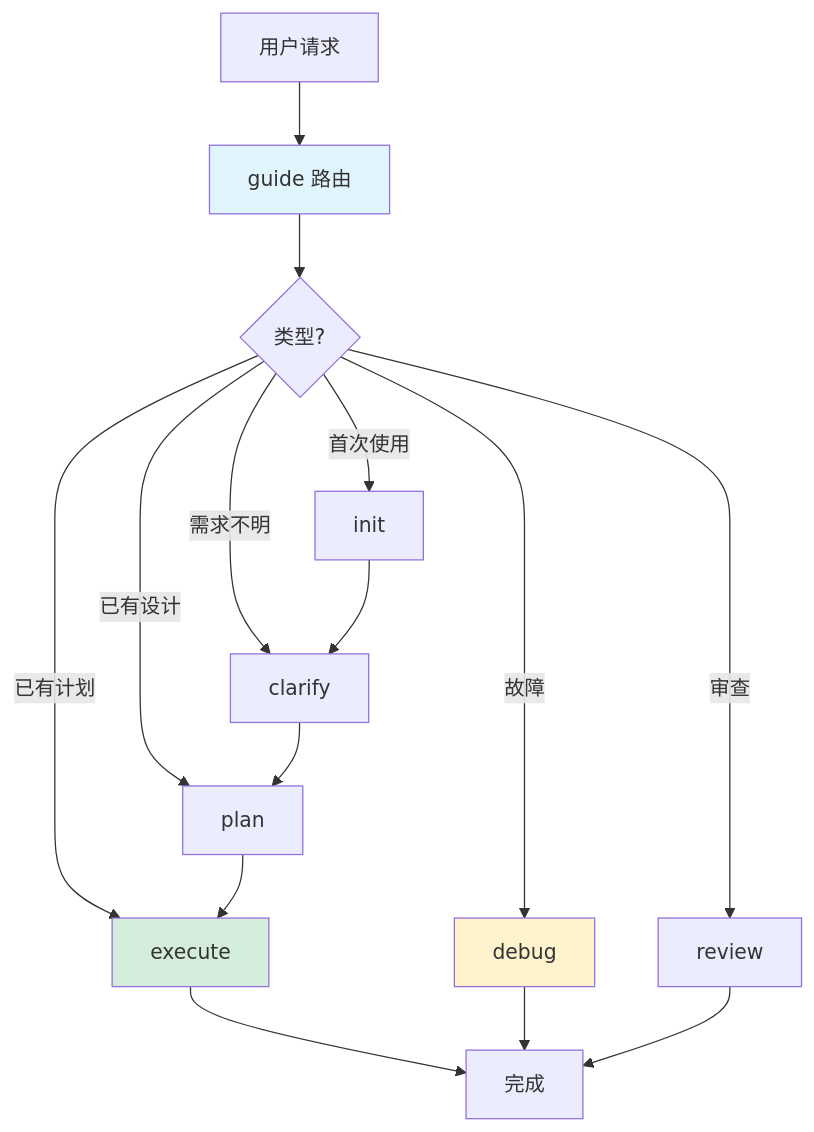
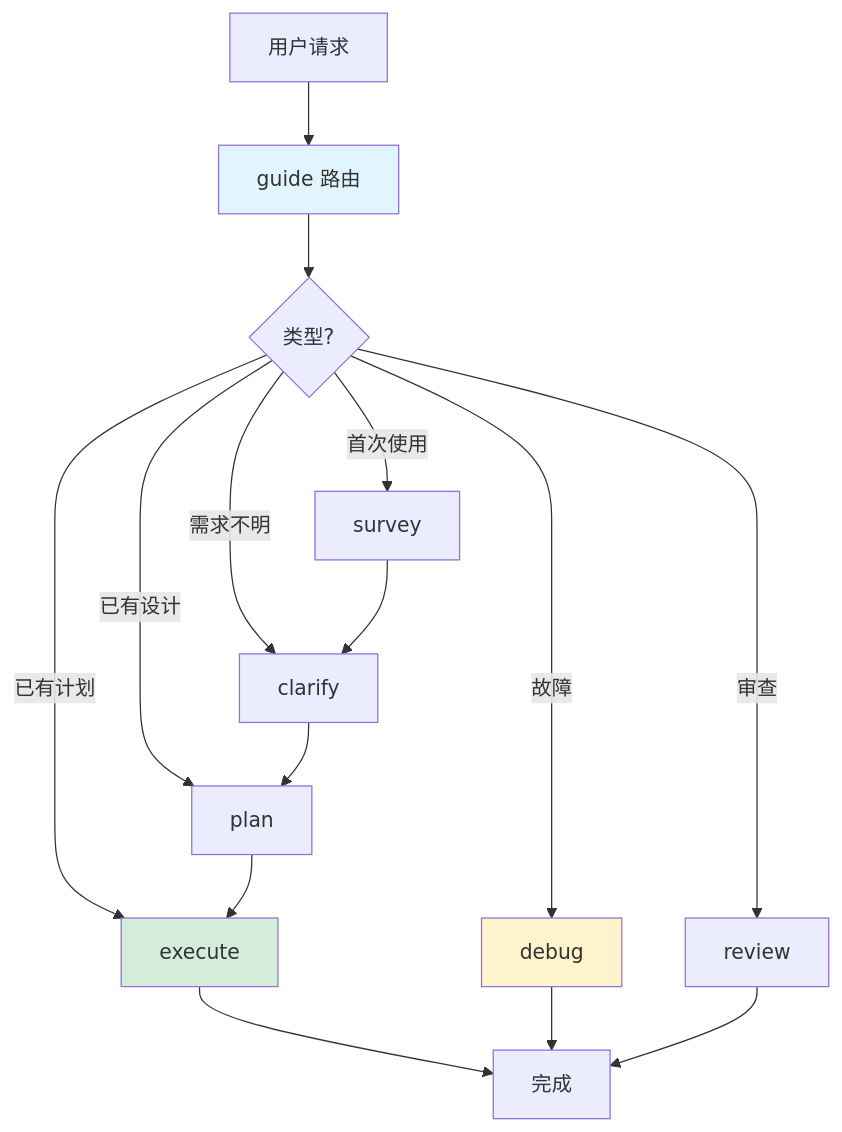
One commit to iron6909/coding-skills changed the diagram in README.md. Above: the diagram before and after it, drawn with Mermaid. The commit also changed other lines of this file and 7 other files, not shown here.

First line of the commit message:
refactor(skills): rename init to survey

````diff
--- a/README.md
+++ b/README.md
@@ -29,22 +29,22 @@
 ```mermaid
 graph TD
     A[用户请求] --> B[guide 路由]
     B --> C{类型?}
-    C -->|首次使用| D[init]
+    C -->|首次使用| D[survey]
     C -->|需求不明| E[clarify]
     C -->|已有设计| F[plan]
     C -->|已有计划| G[execute]
     C -->|故障| H[debug]
     C -->|审查| I[review]
     
     D --> E
     E --> F
     F --> G
     G --> J[完成]
     H --> J
     I --> J
     
     style B fill:#e1f5ff
     style G fill:#d4edda
     style H fill:#fff3cd
 ```
````
